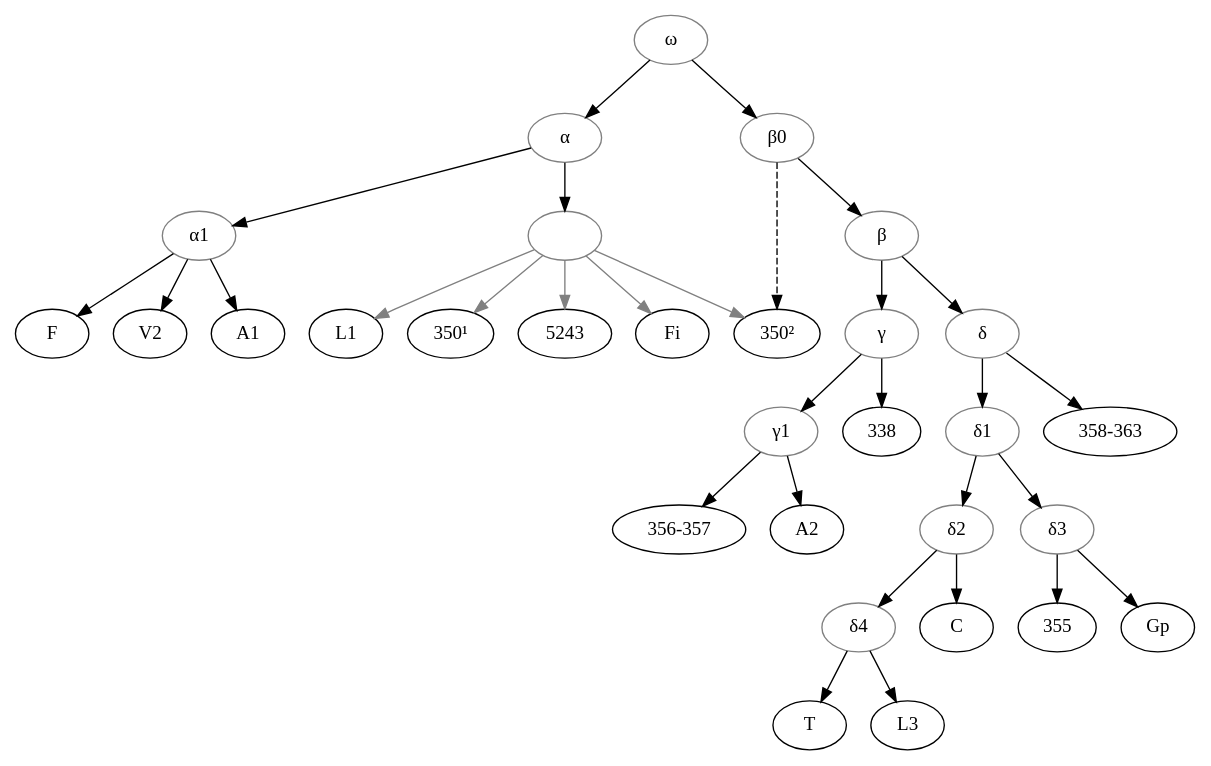
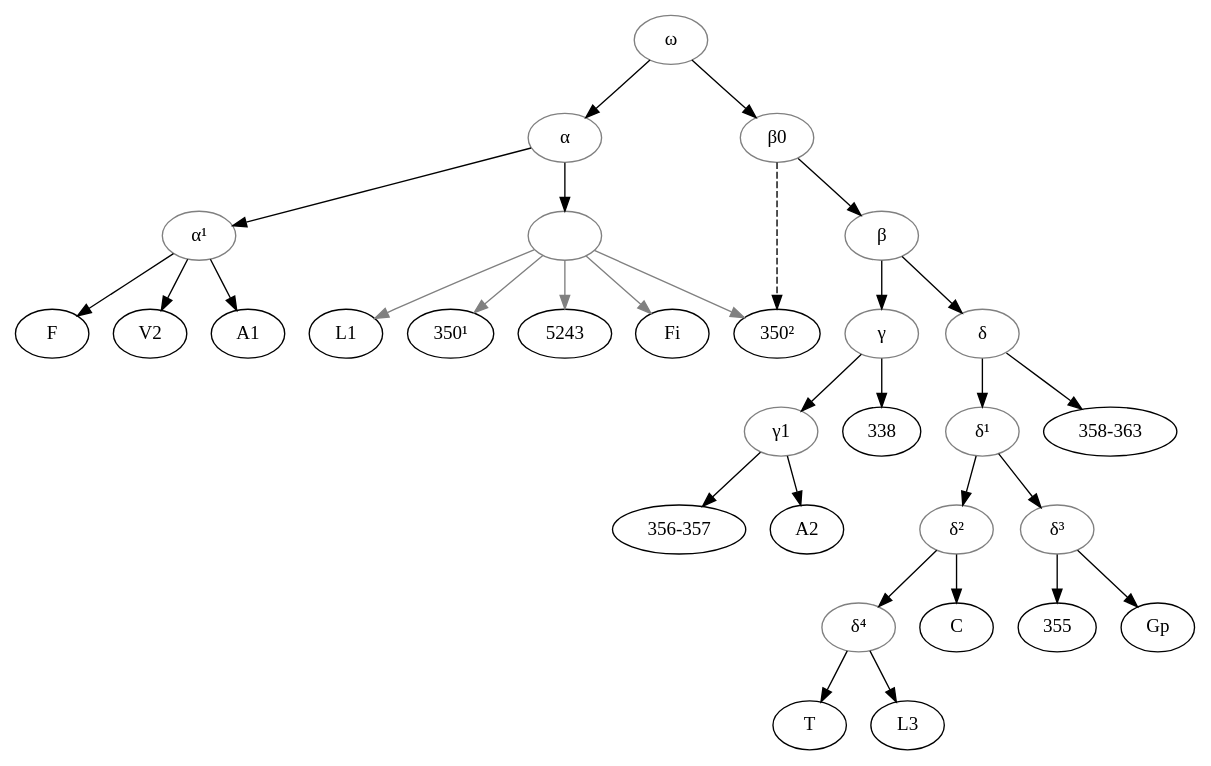
Before and after one commit to OpenStemmata/database: the diagram in data/fro/LeonardiTrachsler_2021_Meliadus1/stemma.gv, drawn with Graphviz. The commit also changed 12 other files, not shown here.

```diff
--- a/data/fro/LeonardiTrachsler_2021_Meliadus1/stemma.gv
+++ b/data/fro/LeonardiTrachsler_2021_Meliadus1/stemma.gv
@@ -1,54 +1,54 @@
 digraph {
 alpha[label="α", color="grey"];
-alpha1[label="α1", color="grey"];  
+alpha1[label="α¹", color="grey"];  
 alpha2[label="", color="grey"];
 3501[label="350¹"]
 3502[label="350²"]
 beta[label="β", color="grey"];
 betaZero[label="β0", color="grey"];
 gamma[label="γ", color="grey"];
 gamma1[label="γ1", color="grey"];
 
 delta[label="δ", color="grey"]
-delta1[label="δ1", color="grey"];
-delta2[label="δ2", color="grey"];
-delta3[label="δ3", color="grey"];
-delta4[label="δ4", color="grey"];
+delta1[label="δ¹", color="grey"];
+delta2[label="δ²", color="grey"];
+delta3[label="δ³", color="grey"];
+delta4[label="δ⁴", color="grey"];
 omega[label="ω", color="grey"];
 356[label="356-357"]
 358[label="358-363"]
 
 omega->alpha;
 alpha->alpha1;
 alpha1->A1;
 alpha1->F;
 alpha1->V2;
 alpha->alpha2;
 alpha2->5243[color="grey"];
 alpha2->Fi[color="grey"];
 alpha2->3501[color="grey"];
 alpha2->L1[color="grey"];
 alpha2->3502[color="grey"];
 
 
 omega->betaZero;
 betaZero->3502[style="dashed"]
 betaZero->beta;
 beta->gamma;
 gamma->338;
 gamma->gamma1;
 gamma1->356;
 gamma1->A2;
 beta->delta;
 delta->358;
 delta->delta1;
 delta1->delta2;
 delta2->C;
 delta2->delta4;
 delta4->T;
 delta4->L3;
 delta1->delta3;
 delta3->355;
 delta3->Gp;
 
 }
```
